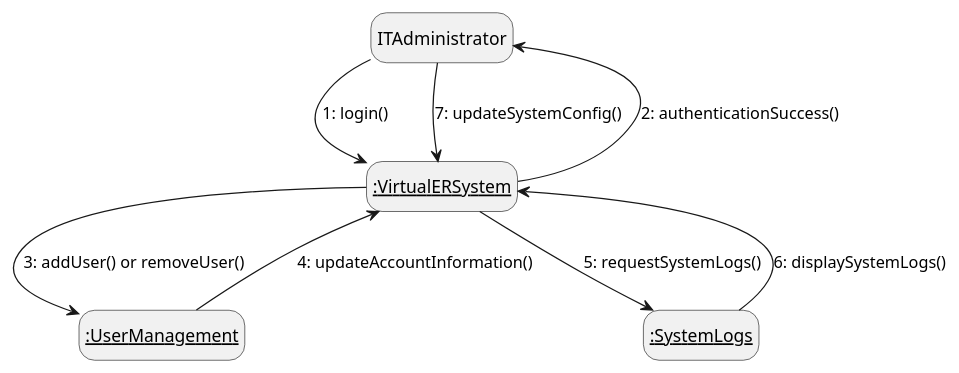
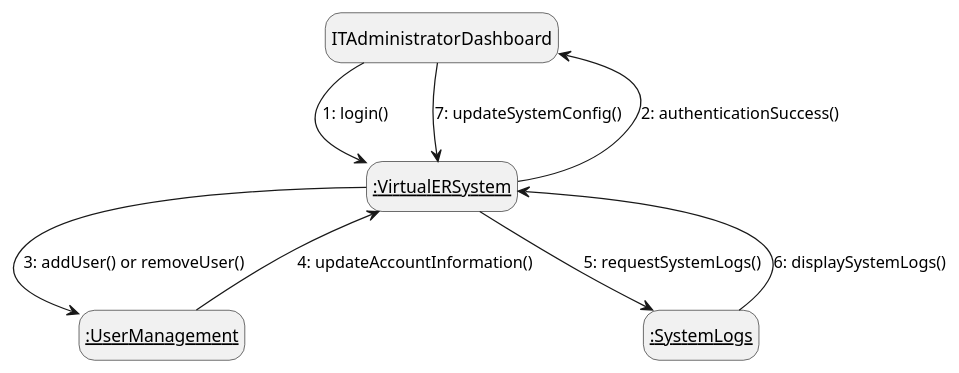
One commit to SENG-350-2024-fall/Group2 changed the diagram in milestone_2/Brandon_Diagrams/collaborationITAdministrator.puml. Above: the diagram before and after it, drawn with PlantUML. The commit also changed 11 other files, not shown here.

```diff
--- a/milestone_2/Brandon_Diagrams/collaborationITAdministrator.puml
+++ b/milestone_2/Brandon_Diagrams/collaborationITAdministrator.puml
@@ -1,12 +1,12 @@
 @startuml ITAdministratorCollaboration
 hide empty description
 
-ITAdministrator --> __:VirtualERSystem__ : 1: login()
-__:VirtualERSystem__ --> ITAdministrator : 2: authenticationSuccess()
+ITAdministratorDashboard --> __:VirtualERSystem__ : 1: login()
+__:VirtualERSystem__ --> ITAdministratorDashboard : 2: authenticationSuccess()
 __:VirtualERSystem__ --> __:UserManagement__ : 3: addUser() or removeUser()
 __:UserManagement__ --> __:VirtualERSystem__ : 4: updateAccountInformation()
 __:VirtualERSystem__ --> __:SystemLogs__ : 5: requestSystemLogs()
 __:SystemLogs__ --> __:VirtualERSystem__ : 6: displaySystemLogs()
-ITAdministrator --> __:VirtualERSystem__ : 7: updateSystemConfig()
+ITAdministratorDashboard --> __:VirtualERSystem__ : 7: updateSystemConfig()
 
 @enduml
```
